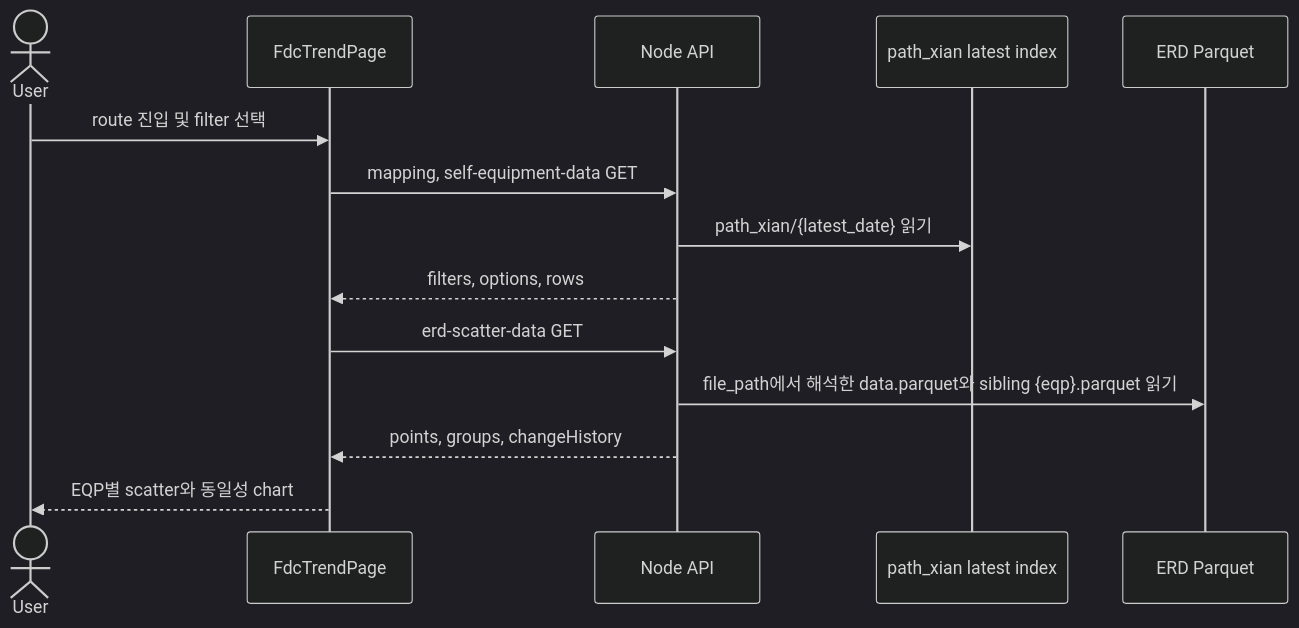
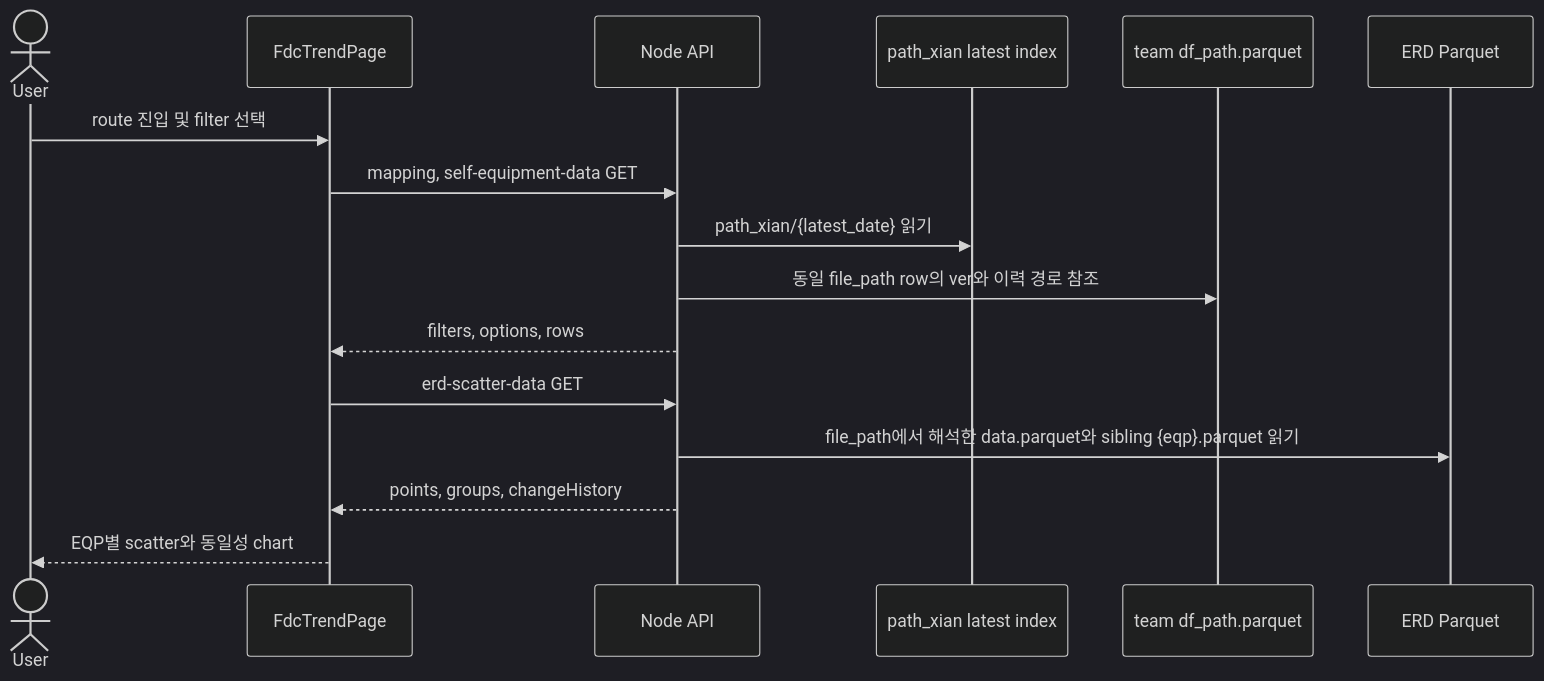
The diagram in docs/features/self-equipment.md (mlbarod/l0_spider_scs), drawn with Mermaid (dark theme) before and after one commit. The commit also changed other lines of this file and 30 other files, not shown here.

````diff
--- a/docs/features/self-equipment.md
+++ b/docs/features/self-equipment.md
@@ -135,16 +135,18 @@
 ```mermaid
 sequenceDiagram
     actor User
     participant Browser as FdcTrendPage
     participant API as Node API
     participant Index as path_xian latest index
+    participant Ref as team df_path.parquet
     participant Erd as ERD Parquet
     User->>Browser: route 진입 및 filter 선택
     Browser->>API: mapping, self-equipment-data GET
     API->>Index: path_xian/{latest_date} 읽기
+    API->>Ref: 동일 file_path row의 ver와 이력 경로 참조
     API-->>Browser: filters, options, rows
     Browser->>API: erd-scatter-data GET
     API->>Erd: file_path에서 해석한 data.parquet와 sibling {eqp}.parquet 읽기
     API-->>Browser: points, groups, changeHistory
     Browser-->>User: EQP별 scatter와 동일성 chart
 ```
````
